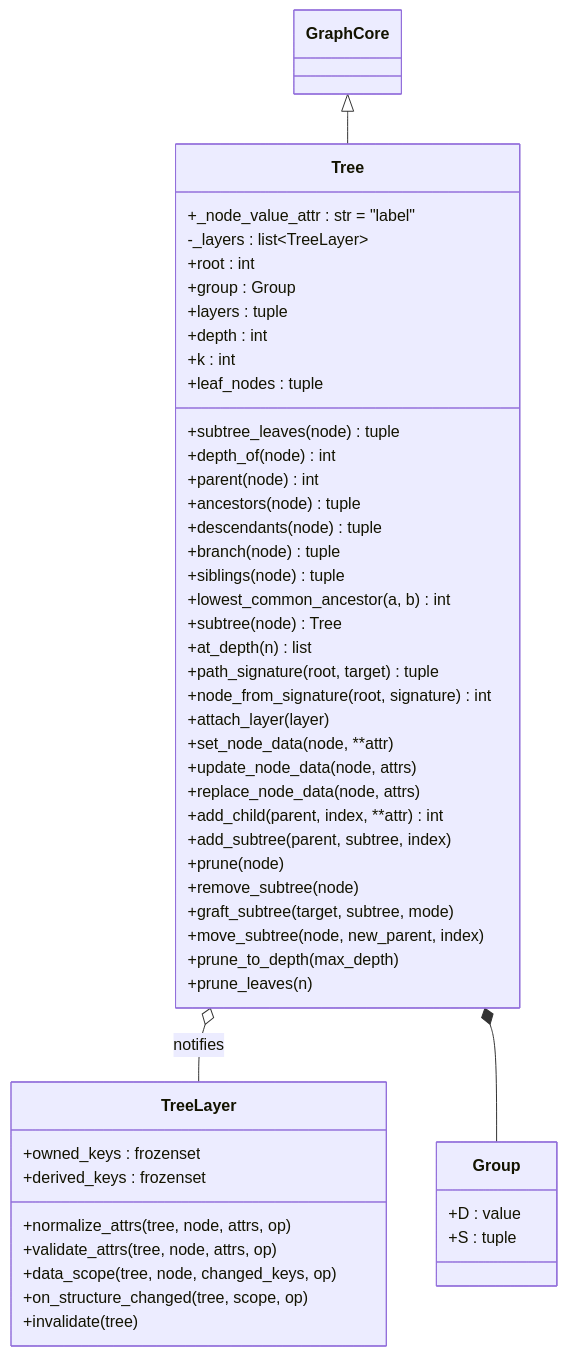
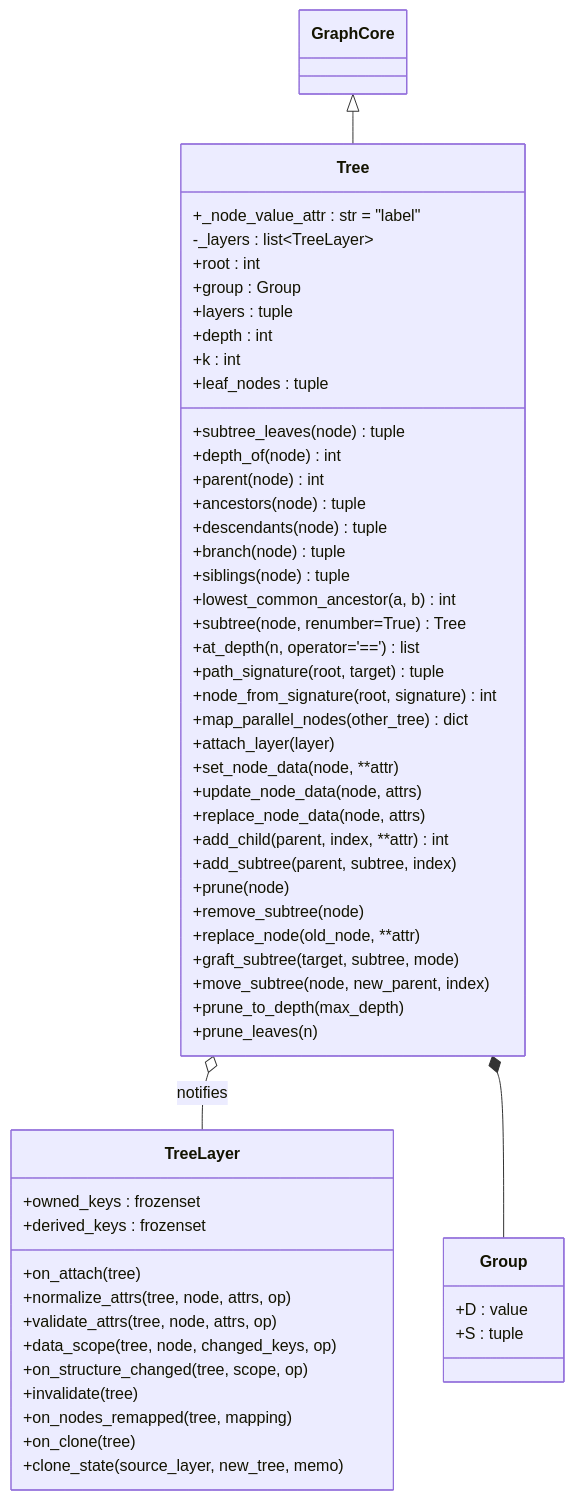
The second of 6 diagrams in docs/architecture/01_TOPOS.md (kr4g/Klotho), drawn with Mermaid before and after one commit. The commit also changed other lines of this file and 14 other files, not shown here.

First line of the commit message:
Refresh architecture docs and Sphinx index for 10.x API (10.11.1)

````diff
--- a/docs/architecture/01_TOPOS.md
+++ b/docs/architecture/01_TOPOS.md
@@ -198,57 +205,63 @@
 ```mermaid
 classDiagram
     GraphCore <|-- Tree
 
     class Tree {
         +_node_value_attr : str = "label"
         -_layers : list~TreeLayer~
         +root : int
         +group : Group
         +layers : tuple
         +depth : int
         +k : int
         +leaf_nodes : tuple
         +subtree_leaves(node) tuple
         +depth_of(node) int
         +parent(node) int
         +ancestors(node) tuple
         +descendants(node) tuple
         +branch(node) tuple
         +siblings(node) tuple
         +lowest_common_ancestor(a, b) int
-        +subtree(node) Tree
-        +at_depth(n) list
+        +subtree(node, renumber=True) Tree
+        +at_depth(n, operator='==') list
         +path_signature(root, target) tuple
         +node_from_signature(root, signature) int
+        +map_parallel_nodes(other_tree) dict
         +attach_layer(layer)
         +set_node_data(node, **attr)
         +update_node_data(node, attrs)
         +replace_node_data(node, attrs)
         +add_child(parent, index, **attr) int
         +add_subtree(parent, subtree, index)
         +prune(node)
         +remove_subtree(node)
+        +replace_node(old_node, **attr)
         +graft_subtree(target, subtree, mode)
         +move_subtree(node, new_parent, index)
         +prune_to_depth(max_depth)
         +prune_leaves(n)
     }
 
     class TreeLayer {
         +owned_keys : frozenset
         +derived_keys : frozenset
+        +on_attach(tree)
         +normalize_attrs(tree, node, attrs, op)
         +validate_attrs(tree, node, attrs, op)
         +data_scope(tree, node, changed_keys, op)
         +on_structure_changed(tree, scope, op)
         +invalidate(tree)
+        +on_nodes_remapped(tree, mapping)
+        +on_clone(tree)
+        +clone_state(source_layer, new_tree, memo)
     }
 
     class Group {
         +D : value
         +S : tuple
     }
 
     Tree o-- TreeLayer : notifies
     Tree *-- Group
 ```
````
